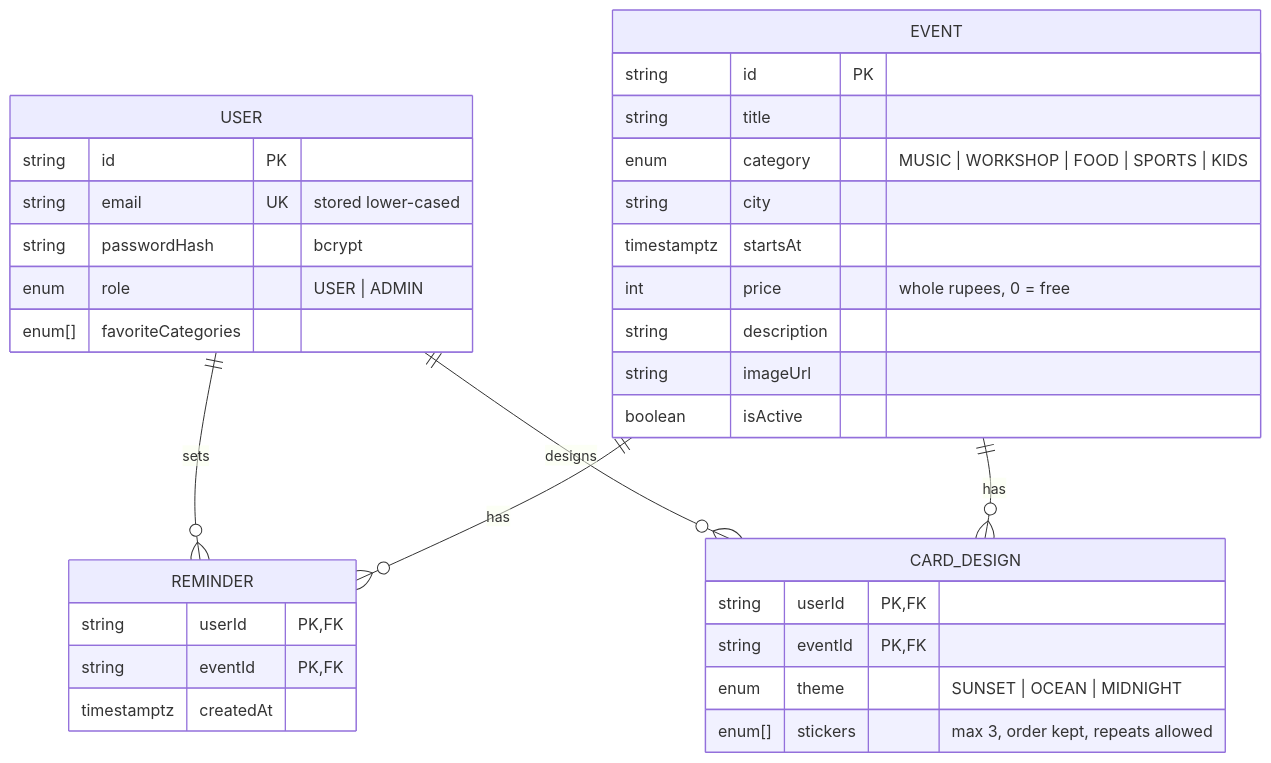
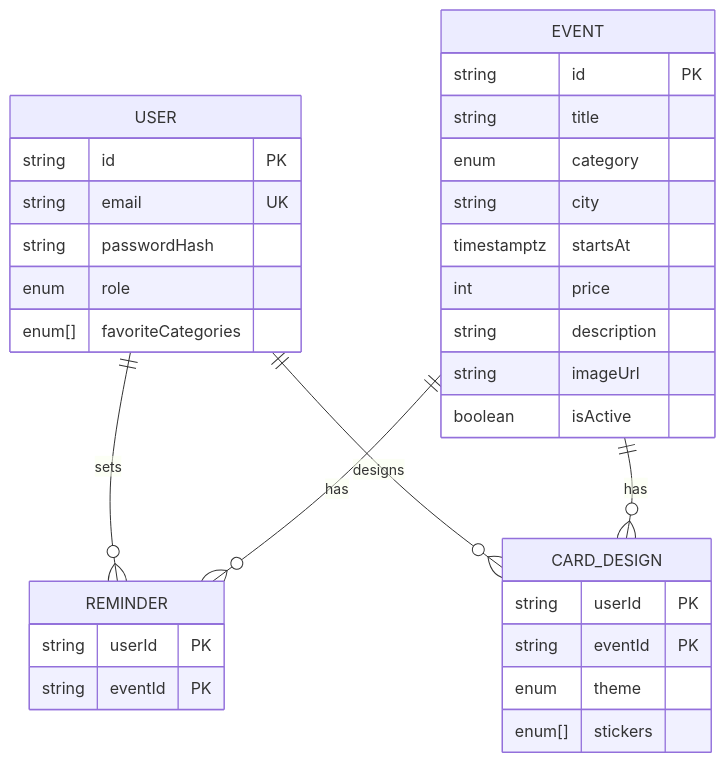
Before and after one commit to sathyarjunab/CityPulse: the diagram in README.md, drawn with Mermaid. The commit also changed other lines of this file, not shown here.

````diff
--- a/README.md
+++ b/README.md
@@ -117,37 +69,35 @@
 ```mermaid
 erDiagram
     USER ||--o{ REMINDER : sets
     USER ||--o{ CARD_DESIGN : designs
     EVENT ||--o{ REMINDER : has
     EVENT ||--o{ CARD_DESIGN : has
-
     USER {
         string id PK
-        string email UK "stored lower-cased"
-        string passwordHash "bcrypt"
-        enum role "USER | ADMIN"
+        string email UK
+        string passwordHash
+        enum role
         enum[] favoriteCategories
     }
     EVENT {
         string id PK
         string title
-        enum category "MUSIC | WORKSHOP | FOOD | SPORTS | KIDS"
+        enum category
         string city
         timestamptz startsAt
-        int price "whole rupees, 0 = free"
+        int price
         string description
         string imageUrl
         boolean isActive
     }
     REMINDER {
-        string userId PK, FK
-        string eventId PK, FK
-        timestamptz createdAt
+        string userId PK
+        string eventId PK
     }
     CARD_DESIGN {
-        string userId PK, FK
-        string eventId PK, FK
-        enum theme "SUNSET | OCEAN | MIDNIGHT"
-        enum[] stickers "max 3, order kept, repeats allowed"
+        string userId PK
+        string eventId PK
+        enum theme
+        enum[] stickers
     }
 ```
````
